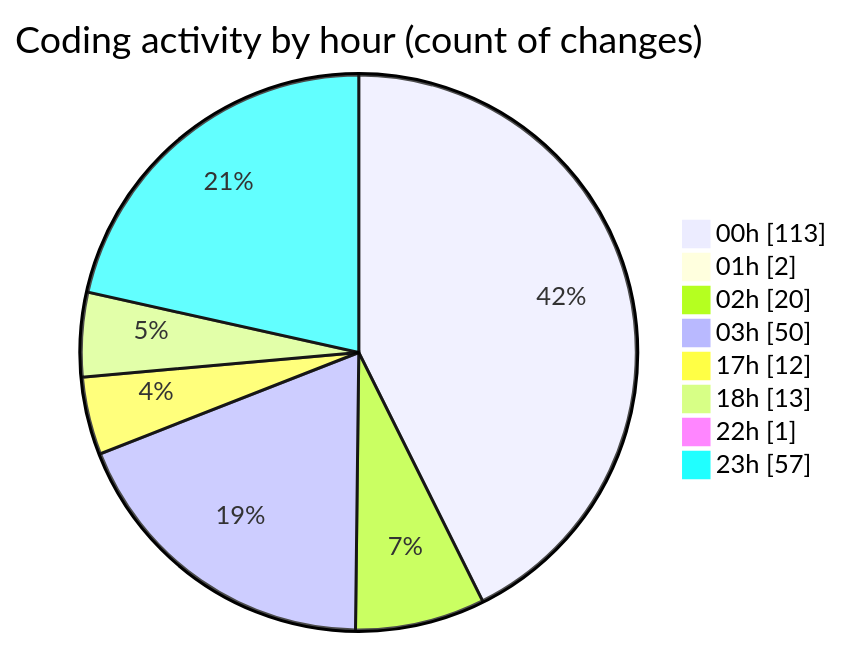
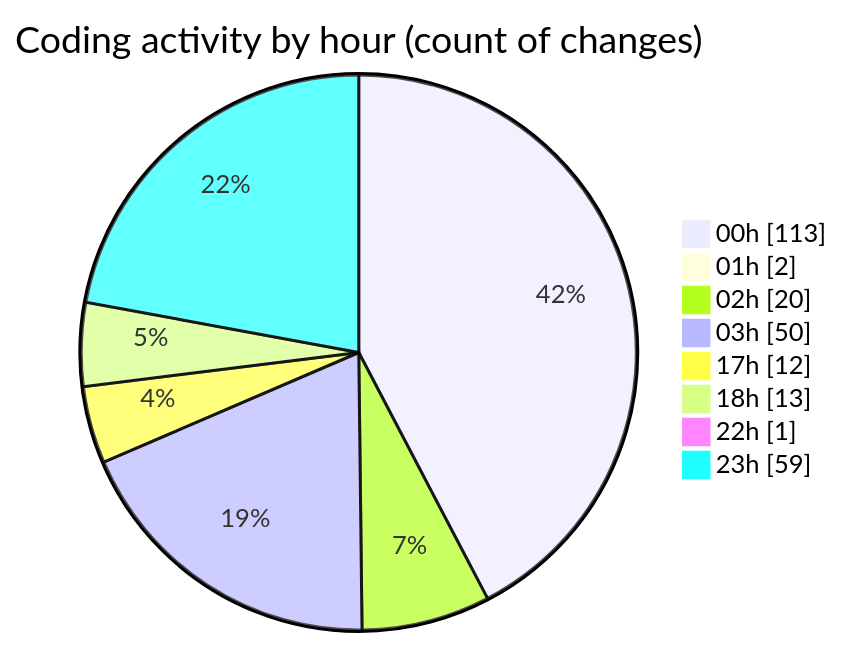
Before and after one commit to lephambinh05/code-tracking: the second of 2 diagrams in 2025-08-06/napxuvn/README.md, drawn with Mermaid. The commit also changed other lines of this file and 1 other file, not shown here.

````diff
--- a/2025-08-06/napxuvn/README.md
+++ b/2025-08-06/napxuvn/README.md
@@ -140,12 +140,12 @@
 ```mermaid
 pie showData
 title Coding activity by hour (count of changes)
 "00h" : 113
 "01h" : 2
 "02h" : 20
 "03h" : 50
 "17h" : 12
 "18h" : 13
 "22h" : 1
-"23h" : 57
+"23h" : 59
 ```
````
